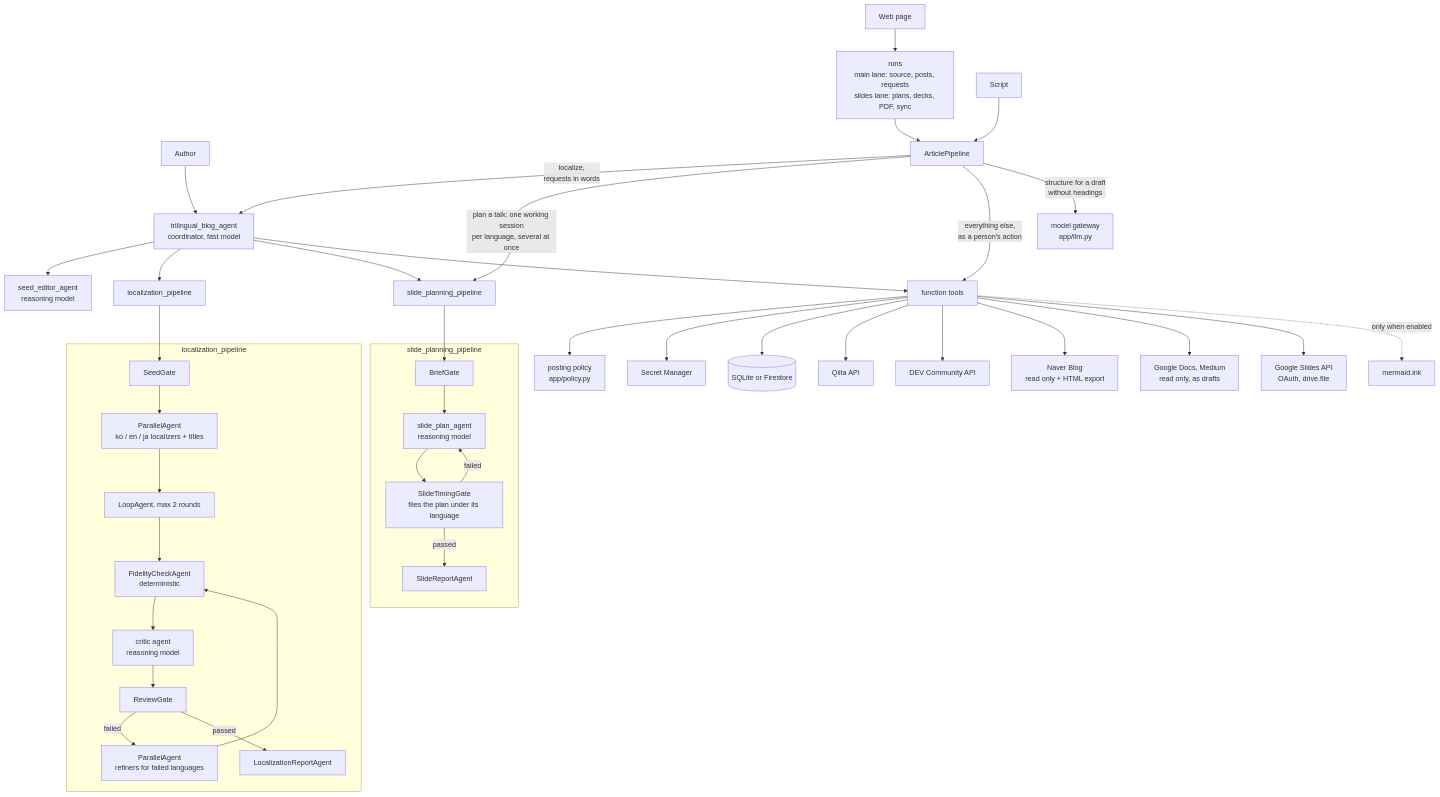
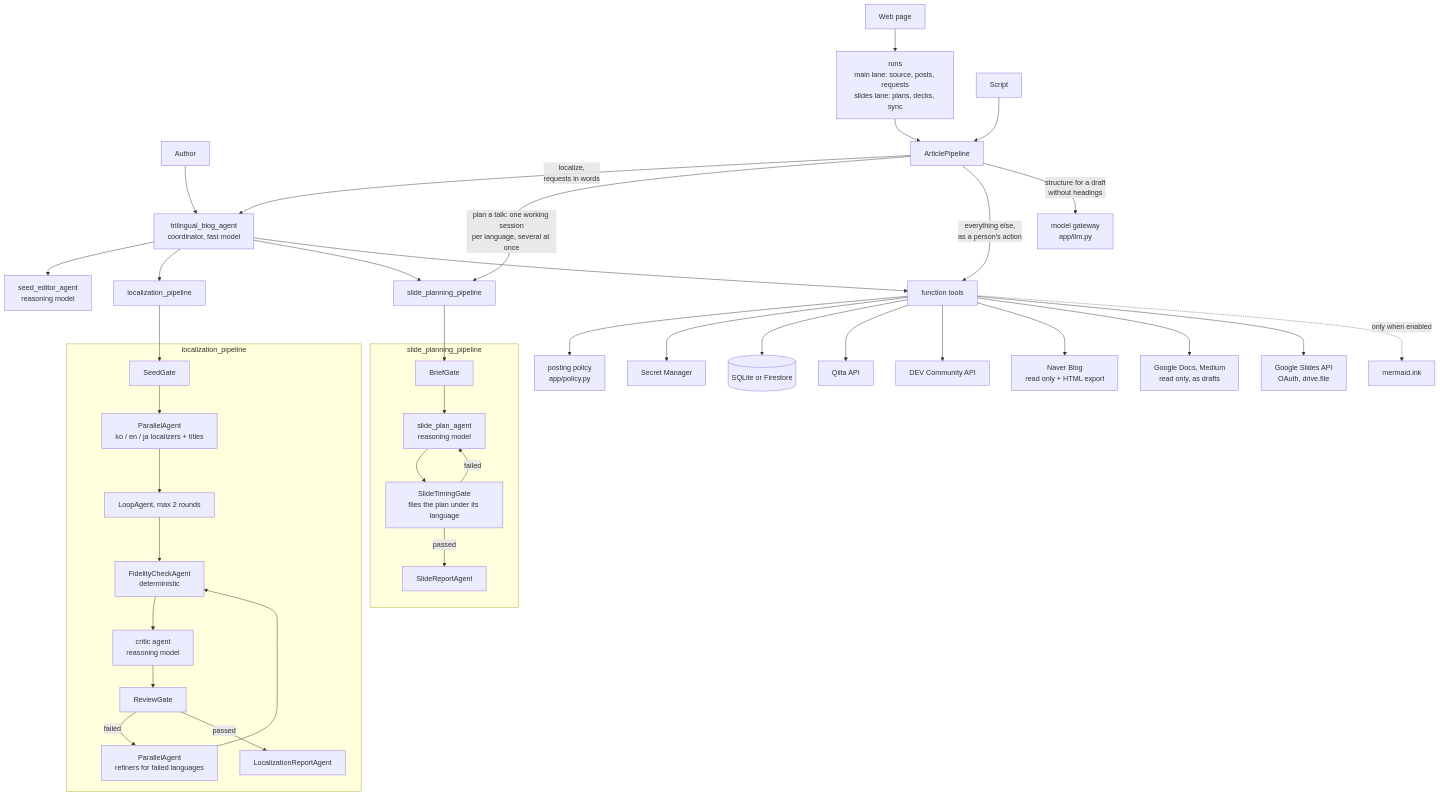
The diagram in README.md (agenthekim/trilingual-blog-agent), drawn with Mermaid before and after one commit. The commit also changed other lines of this file and 18 other files, not shown here.

````diff
--- a/README.md
+++ b/README.md
@@ -46,45 +46,45 @@
 ```mermaid
 flowchart TD
     U[Author] --> C[trilingual_blog_agent<br/>coordinator, fast model]
     C --> SE[seed_editor_agent<br/>reasoning model]
     C --> LP[localization_pipeline]
     C --> SP[slide_planning_pipeline]
     C --> T[function tools]
-    W[Web page] --> R[runs<br/>main lane: source, posts, requests<br/>slides lane: plans, decks, PDF, sync]
+    W[Web page] --> R[runs<br/>main lane: source, posts, requests<br/>slides lane: plans, decks, sync]
     R --> P[ArticlePipeline]
     S[Script] --> P
     P -->|localize,<br/>requests in words| C
     P -->|plan a talk: one working session<br/>per language, several at once| SP
     P -->|everything else,<br/>as a person's action| T
     P -->|structure for a draft<br/>without headings| G[model gateway<br/>app/llm.py]
     T --> POL[posting policy<br/>app/policy.py]
 
     subgraph LP_detail [localization_pipeline]
         SG[SeedGate] --> FAN[ParallelAgent<br/>ko / en / ja localizers + titles]
         FAN --> LOOP[LoopAgent, max 2 rounds]
         LOOP --> FC[FidelityCheckAgent<br/>deterministic]
         FC --> CR[critic agent<br/>reasoning model]
         CR --> RG[ReviewGate]
         RG -->|failed| RF[ParallelAgent<br/>refiners for failed languages]
         RF --> FC
         RG -->|passed| REP[LocalizationReportAgent]
     end
     LP --> SG
 
     subgraph SP_detail [slide_planning_pipeline]
         BG[BriefGate] --> PL[slide_plan_agent<br/>reasoning model]
         PL --> TG[SlideTimingGate<br/>files the plan under its language]
         TG -->|failed| PL
         TG -->|passed| SR[SlideReportAgent]
     end
     SP --> BG
 
     T --> SM[Secret Manager]
     T --> ST[(SQLite or Firestore)]
     T --> Q[Qiita API]
     T --> D[DEV Community API]
     T --> N[Naver Blog<br/>read only + HTML export]
     T --> RO[Google Docs, Medium<br/>read only, as drafts]
     T --> GS[Google Slides API<br/>OAuth, drive.file]
     T -.->|only when enabled| MI[mermaid.ink]
 ```
````
